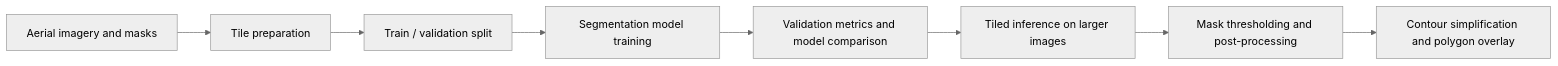
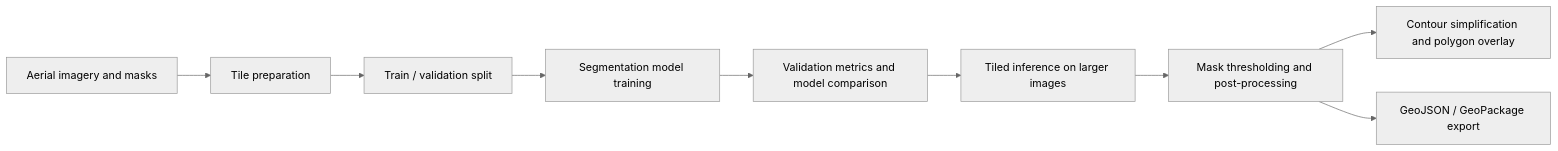
Before and after one commit to josedelrey/seg2gis: the diagram in README.md, drawn with Mermaid (neutral theme). The commit also changed other lines of this file and 5 other files, not shown here.

````diff
--- a/README.md
+++ b/README.md
@@ -31,10 +32,11 @@
 ```mermaid
 flowchart LR
     A["Aerial imagery and masks"] --> B["Tile preparation"]
     B --> C["Train / validation split"]
     C --> D["Segmentation model training"]
     D --> E["Validation metrics and model comparison"]
     E --> F["Tiled inference on larger images"]
     F --> G["Mask thresholding and post-processing"]
     G --> H["Contour simplification and polygon overlay"]
+    G --> I["GeoJSON / GeoPackage export"]
 ```
````
